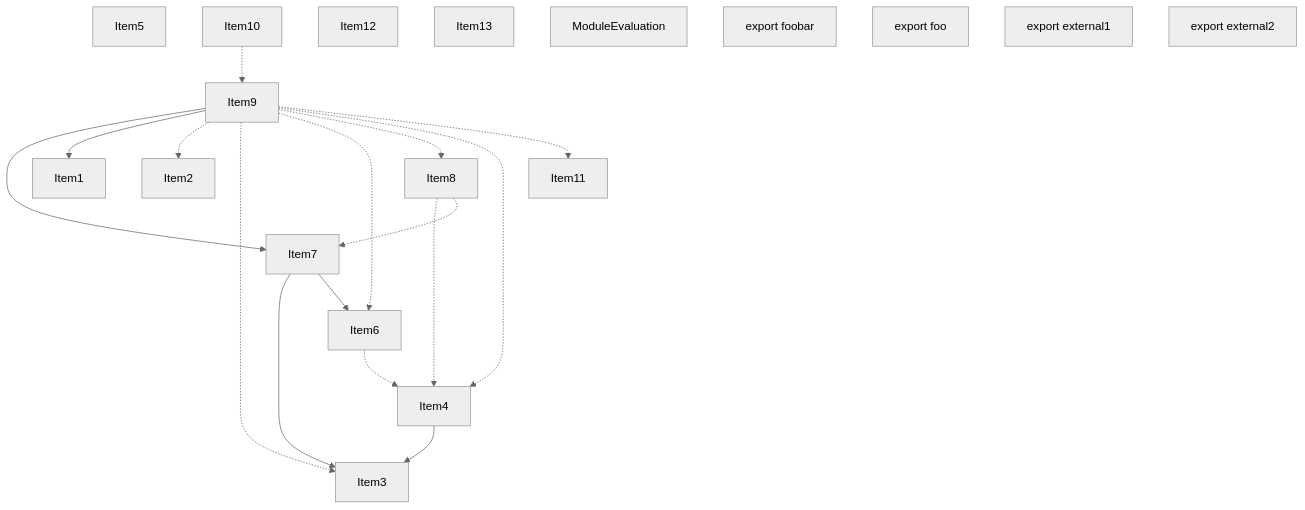
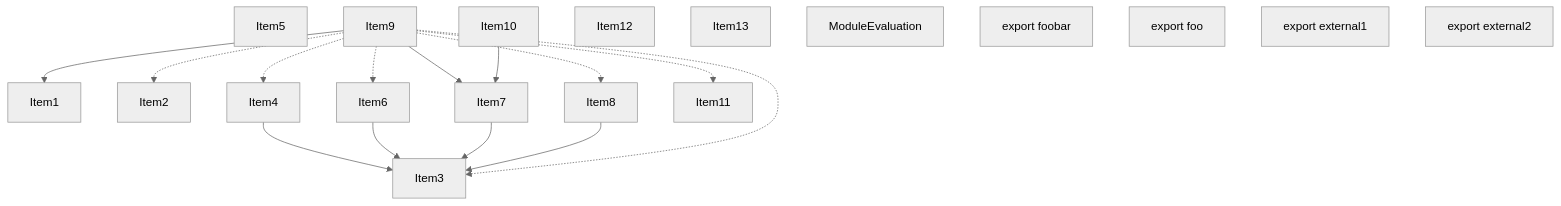
One commit to vercel/turborepo changed the second of 4 diagrams in crates/turbopack-ecmascript/tests/tree-shaker/analyzer/1/output.md. Above: the diagram before and after it, drawn with Mermaid (neutral theme). The commit also changed other lines of this file and 2 other files, not shown here.

````diff
--- a/crates/turbopack-ecmascript/tests/tree-shaker/analyzer/1/output.md
+++ b/crates/turbopack-ecmascript/tests/tree-shaker/analyzer/1/output.md
@@ -161,41 +161,39 @@
 ```mermaid
 graph TD
     Item1;
     Item2;
     Item3;
     Item4;
     Item5;
     Item6;
     Item7;
     Item8;
     Item9;
     Item10;
     Item11;
     Item12;
     Item13;
     Item14;
     Item14["ModuleEvaluation"];
     Item15;
     Item15["export foobar"];
     Item16;
     Item16["export foo"];
     Item17;
     Item17["export external1"];
     Item18;
     Item18["export external2"];
     Item4 --> Item3;
-    Item6 -.-> Item4;
+    Item6 --> Item3;
     Item7 --> Item3;
-    Item7 --> Item6;
-    Item8 -.-> Item4;
-    Item8 -.-> Item7;
+    Item8 --> Item3;
     Item9 --> Item7;
     Item9 --> Item1;
     Item9 -.-> Item2;
     Item9 -.-> Item3;
+    Item9 -.-> Item4;
     Item9 -.-> Item6;
     Item9 -.-> Item8;
-    Item9 -.-> Item4;
     Item9 -.-> Item11;
-    Item10 -.-> Item9;
+    Item10 --> Item7;
 ```
````
